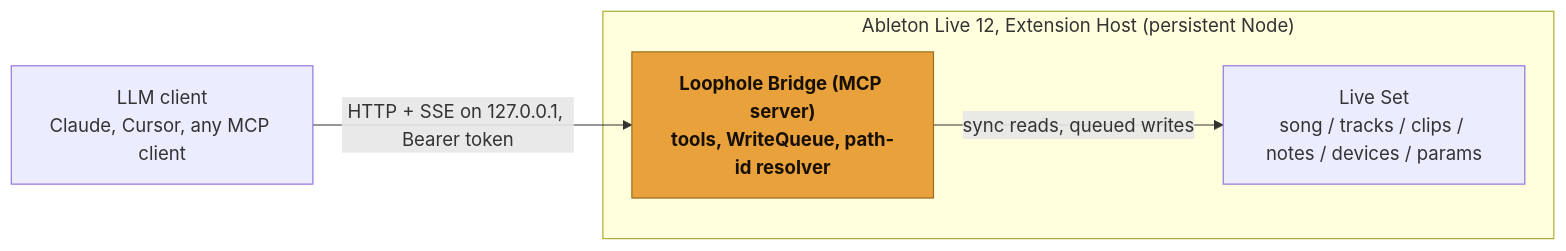
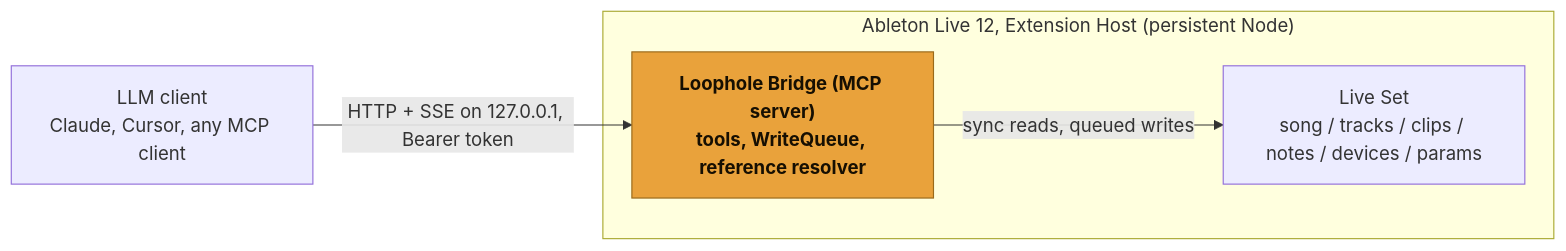
Before and after one commit to OthmanAdi/loophole: the second of 2 diagrams in README.md, drawn with Mermaid. The commit also changed other lines of this file and 43 other files, not shown here.

````diff
--- a/README.md
+++ b/README.md
@@ -81,12 +80,12 @@
 ```mermaid
 flowchart LR
     client["LLM client<br/>Claude, Cursor, any MCP client"]
     subgraph host["Ableton Live 12, Extension Host (persistent Node)"]
-        bridge["Loophole Bridge (MCP server)<br/>tools, WriteQueue, path-id resolver"]
+        bridge["Loophole Bridge (MCP server)<br/>tools, WriteQueue, reference resolver"]
         set["Live Set<br/>song / tracks / clips / notes / devices / params"]
         bridge -- "sync reads, queued writes" --> set
     end
     client -- "HTTP + SSE on 127.0.0.1, Bearer token" --> bridge
     classDef accent fill:#E9A23B,stroke:#9A6A1A,color:#160F02,font-weight:bold;
     class bridge accent;
 ```
````
